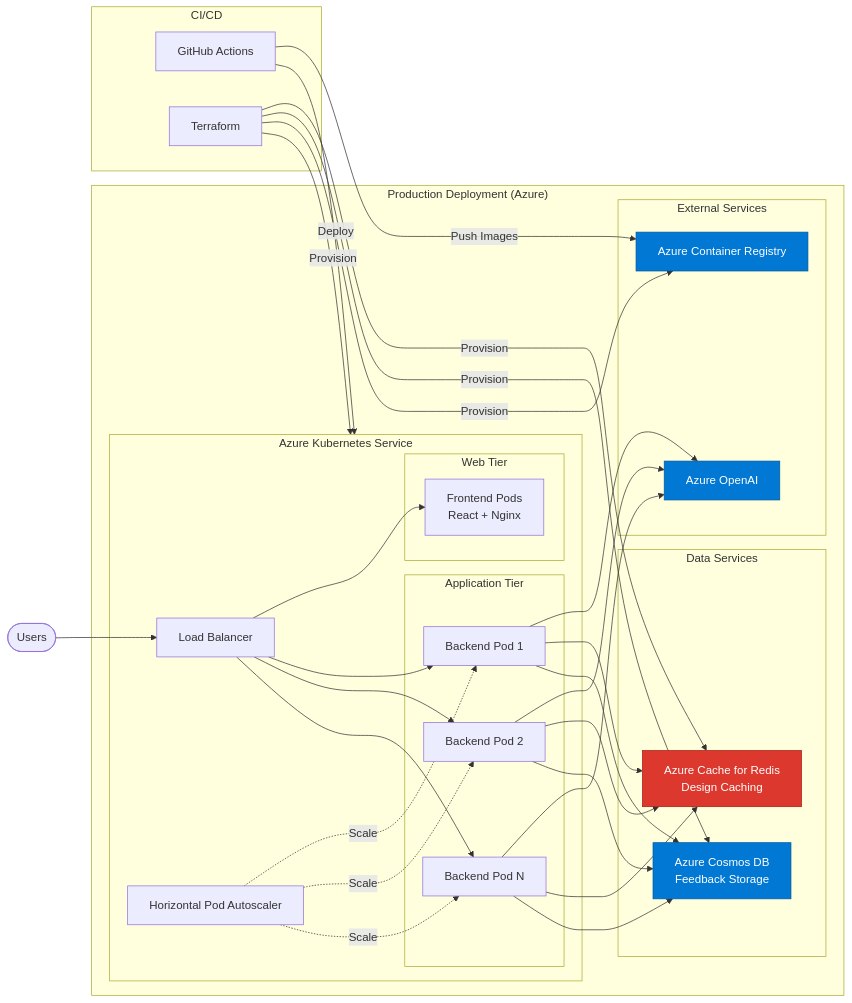
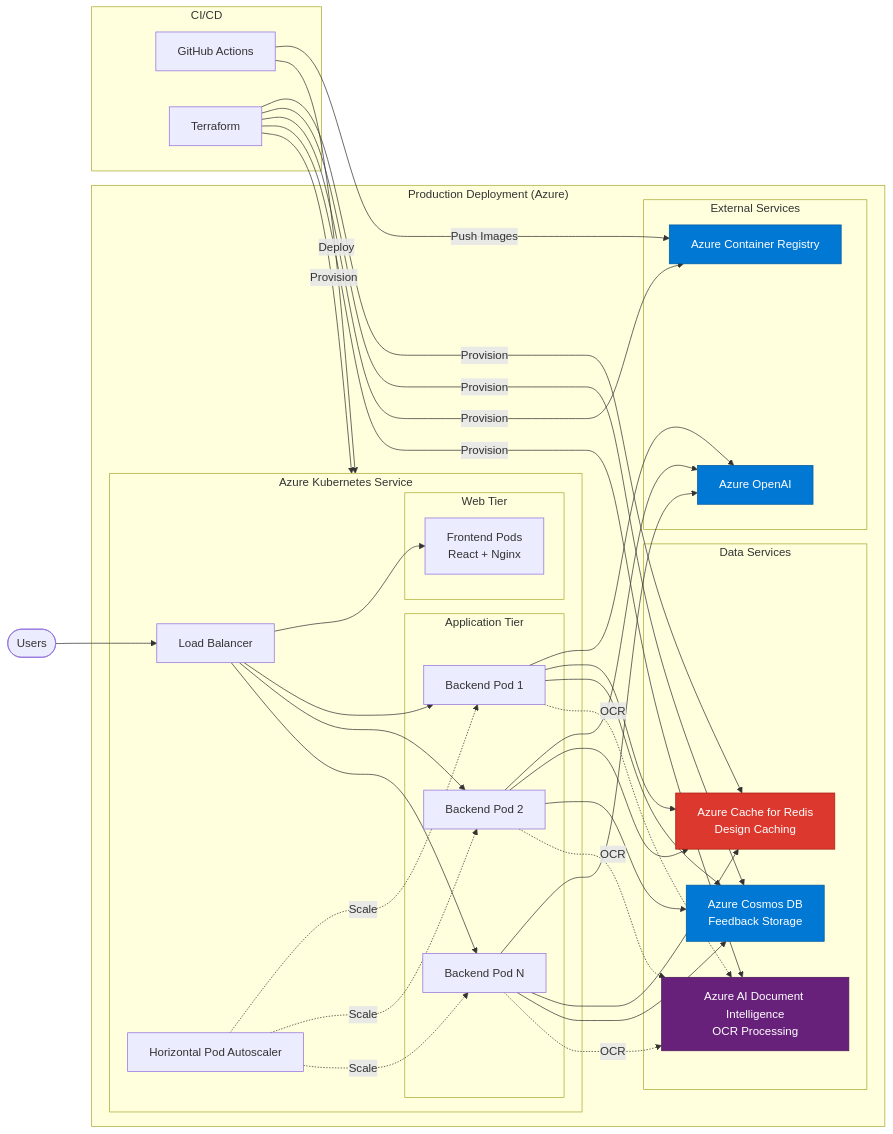
The third of 3 diagrams in docs/architecture-diagram.md (rtrentin73/carlos-the-architect), drawn with Mermaid before and after one commit. The commit also changed other lines of this file and 2 other files, not shown here.

First line of the commit message:
docs: Add Azure AI Document Intelligence to documentation

````diff
--- a/docs/architecture-diagram.md
+++ b/docs/architecture-diagram.md
@@ -280,52 +288,55 @@
 ```mermaid
 flowchart LR
     subgraph Production["Production Deployment (Azure)"]
         subgraph AKS["Azure Kubernetes Service"]
             LB[Load Balancer]
 
             subgraph WebTier["Web Tier"]
                 Frontend[Frontend Pods<br/>React + Nginx]
             end
 
             subgraph AppTier["Application Tier"]
                 Backend1[Backend Pod 1]
                 Backend2[Backend Pod 2]
                 BackendN[Backend Pod N]
             end
 
             HPA[Horizontal Pod Autoscaler]
         end
 
         subgraph DataServices["Data Services"]
             Redis[Azure Cache for Redis<br/>Design Caching]
             CosmosDB[Azure Cosmos DB<br/>Feedback Storage]
+            DocIntel[Azure AI Document Intelligence<br/>OCR Processing]
         end
 
         subgraph External["External Services"]
             AzureAI[Azure OpenAI]
             ACR[Azure Container Registry]
         end
     end
 
     subgraph CICD["CI/CD"]
         GitHub[GitHub Actions]
         Terraform[Terraform]
     end
 
     Users([Users]) --> LB
     LB --> Frontend
     LB --> Backend1 & Backend2 & BackendN
     Backend1 & Backend2 & BackendN --> AzureAI
     Backend1 & Backend2 & BackendN --> Redis
     Backend1 & Backend2 & BackendN --> CosmosDB
+    Backend1 & Backend2 & BackendN -.->|OCR| DocIntel
     HPA -.->|Scale| Backend1 & Backend2 & BackendN
 
     GitHub -->|Deploy| AKS
     GitHub -->|Push Images| ACR
-    Terraform -->|Provision| AKS & Redis & CosmosDB & ACR
+    Terraform -->|Provision| AKS & Redis & CosmosDB & ACR & DocIntel
 
     style AzureAI fill:#0078d4,stroke:#005a9e,color:#fff
     style Redis fill:#dc382d,stroke:#a41e11,color:#fff
     style CosmosDB fill:#0078d4,stroke:#005a9e,color:#fff
     style ACR fill:#0078d4,stroke:#005a9e,color:#fff
+    style DocIntel fill:#68217a,stroke:#4a1754,color:#fff
 ```
````
